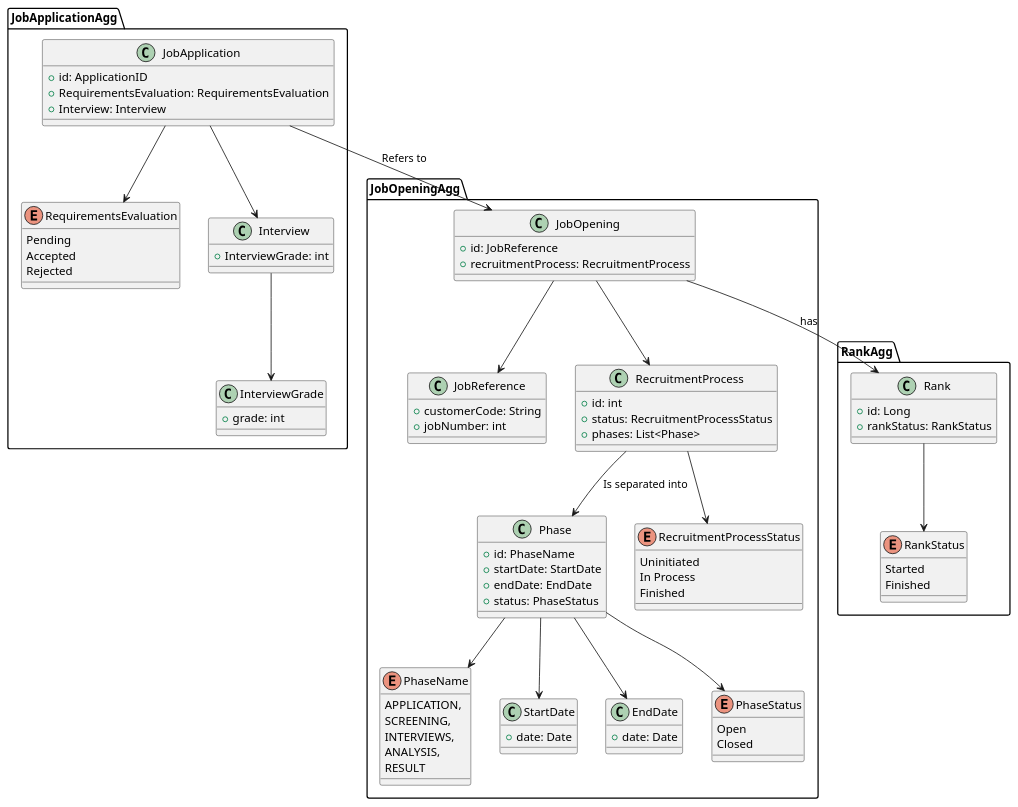
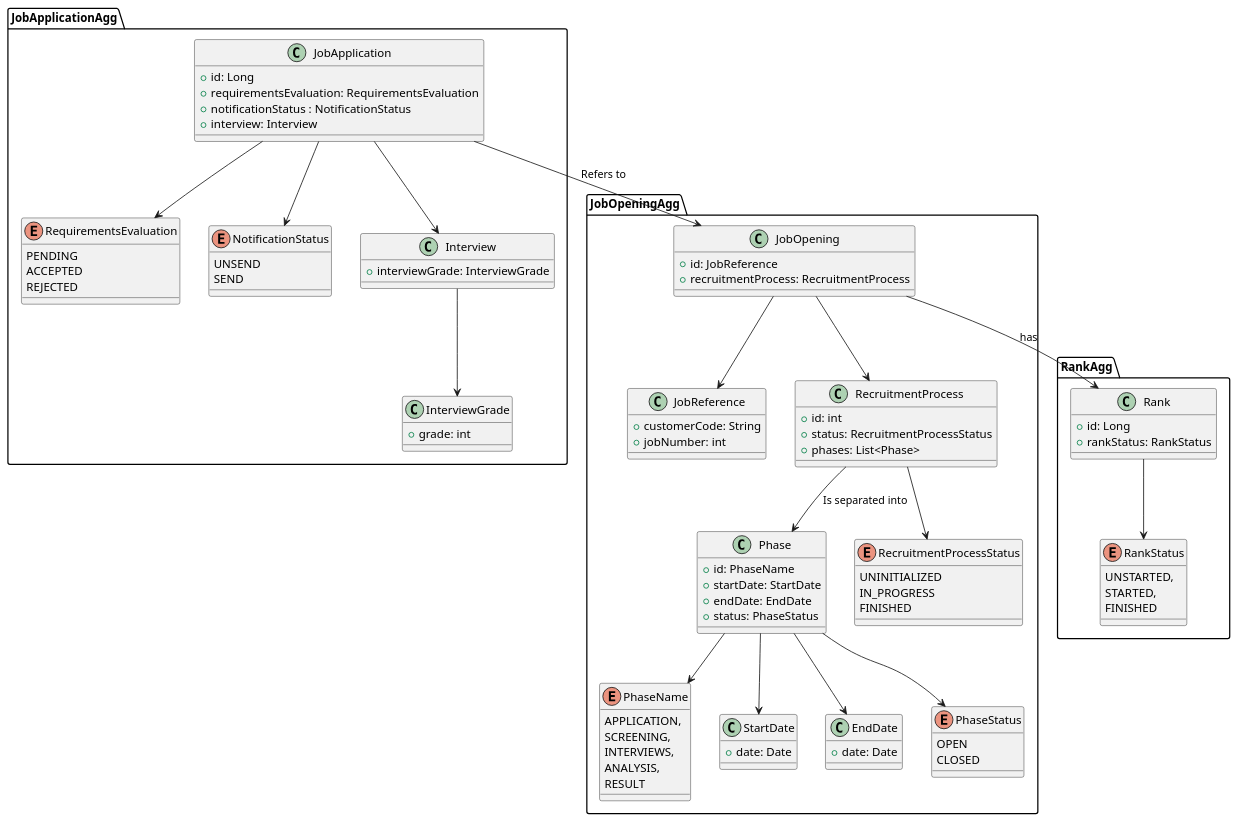
The diagram in docs/sprintC/US1010/02.analysis/puml/DM.puml (Mendoncaa/LAPR4), drawn with PlantUML before and after one commit. The commit also changed 8 other files, not shown here.

```diff
--- a/docs/sprintC/US1010/02.analysis/puml/DM.puml
+++ b/docs/sprintC/US1010/02.analysis/puml/DM.puml
@@ -1,106 +1,114 @@
 @startuml DomainModel
 package JobOpeningAgg {
 
     class JobOpening {
         +id: JobReference
         +recruitmentProcess: RecruitmentProcess
     }
 
     class JobReference {
         + customerCode: String
         + jobNumber: int
     }
 
     class RecruitmentProcess {
         +id: int
         +status: RecruitmentProcessStatus
         +phases: List<Phase>
     }
 
     class Phase {
         +id: PhaseName
         +startDate: StartDate
         +endDate: EndDate
         +status: PhaseStatus
     }
 
     enum PhaseName {
             APPLICATION,
             SCREENING,
             INTERVIEWS,
             ANALYSIS,
             RESULT
     }
 
     class StartDate {
         +date: Date
     }
 
     class EndDate {
         +date: Date
     }
 
     enum PhaseStatus {
-        Open
-        Closed
+        OPEN
+        CLOSED
     }
 
     enum RecruitmentProcessStatus {
-        Uninitiated
-        In Process
-        Finished
+        UNINITIALIZED
+        IN_PROGRESS
+        FINISHED
     }
 
     JobOpening --> RecruitmentProcess
     JobOpening --> JobReference
     RecruitmentProcess --> RecruitmentProcessStatus
     RecruitmentProcess --> Phase : "Is separated into"
     Phase --> PhaseName
     Phase --> StartDate
     Phase --> EndDate
     Phase --> PhaseStatus
 }
 
 package JobApplicationAgg {
     class JobApplication {
-        +id: ApplicationID
-        +RequirementsEvaluation: RequirementsEvaluation
-        +Interview: Interview
+        +id: Long
+        +requirementsEvaluation: RequirementsEvaluation
+        +notificationStatus : NotificationStatus
+        +interview: Interview
     }
 
     enum RequirementsEvaluation {
-        Pending
-        Accepted
-        Rejected
+        PENDING
+        ACCEPTED
+        REJECTED
+    }
+
+    enum NotificationStatus {
+        UNSEND
+        SEND
     }
 
     class Interview {
-        +InterviewGrade: int
+        +interviewGrade: InterviewGrade
     }
 
     class InterviewGrade {
         +grade: int
     }
 
     JobApplication --> RequirementsEvaluation
     JobApplication --> Interview
     JobApplication --> JobOpening : Refers to
+    JobApplication --> NotificationStatus
     Interview --> InterviewGrade
 }
 
 package RankAgg {
     class Rank {
         +id: Long
         +rankStatus: RankStatus
     }
 
     enum RankStatus {
-        Started
-        Finished
+        UNSTARTED,
+        STARTED,
+        FINISHED
     }
 
     Rank --> RankStatus
     JobOpening --> Rank : "has"
 }
 
 @enduml
```
